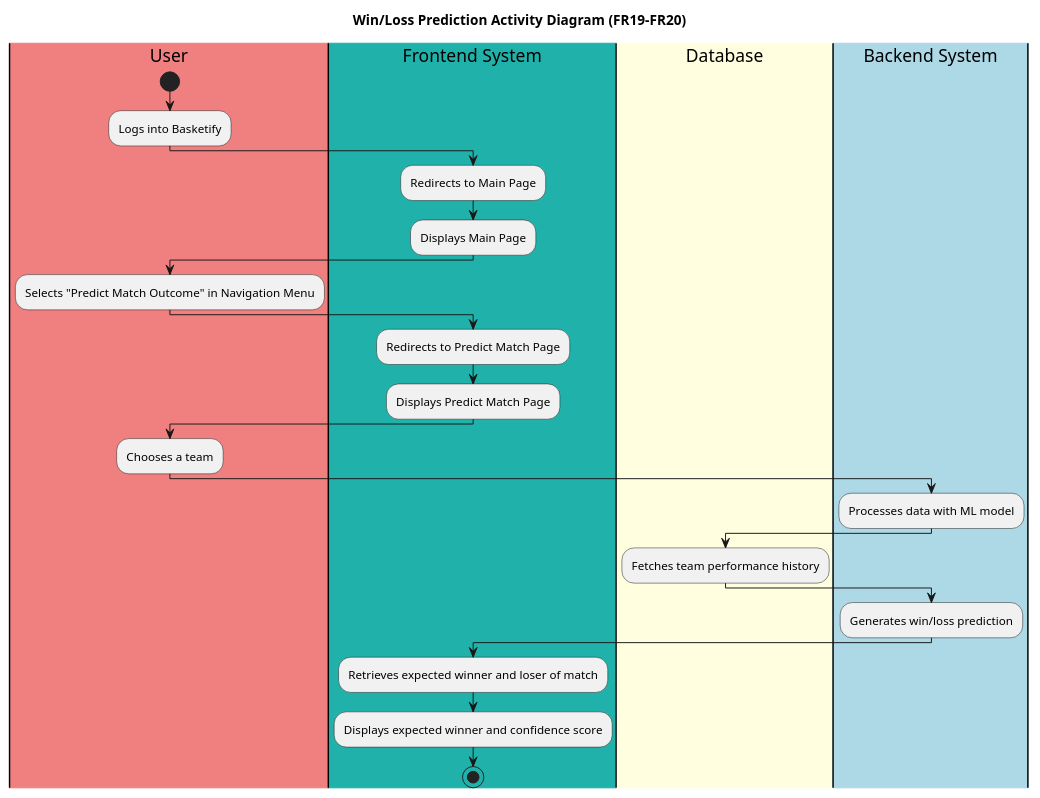
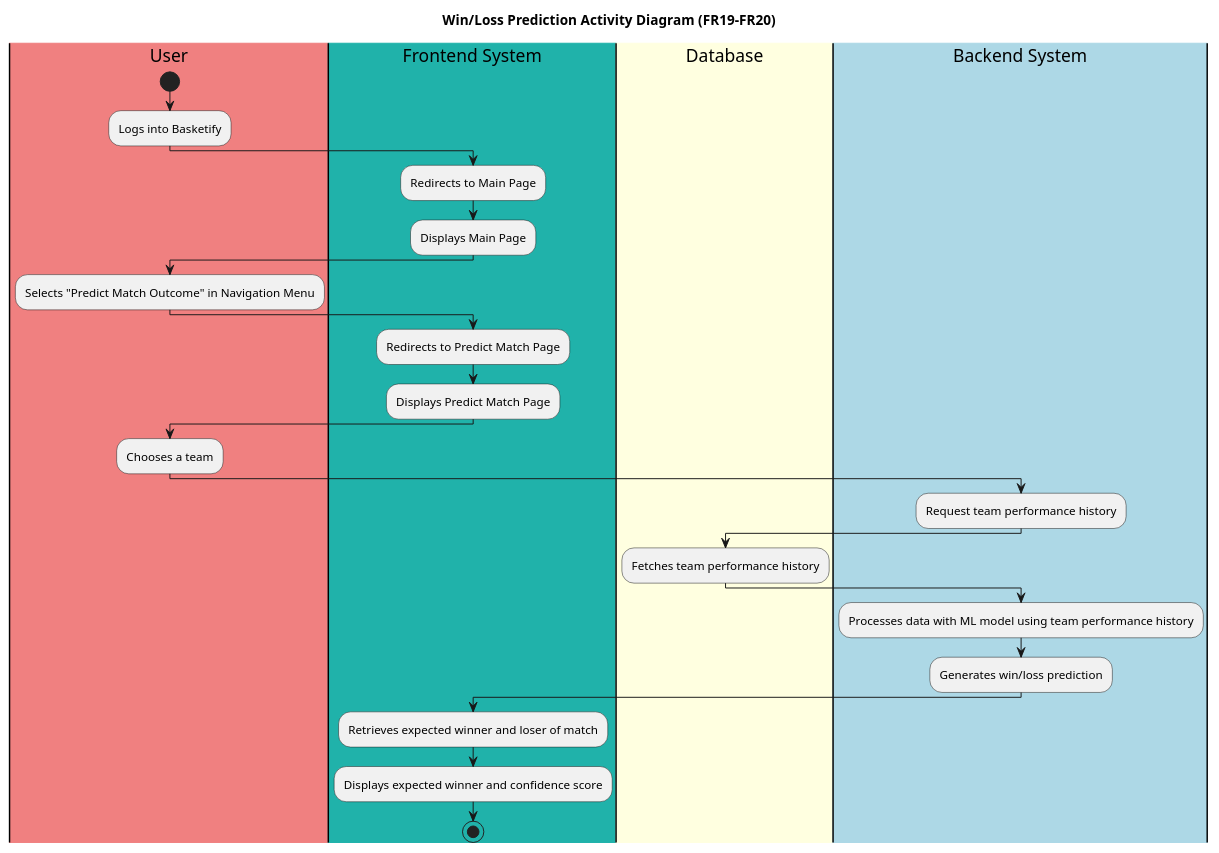
One commit to arongu321/Basketify_SBX changed the diagram in diagrams/Activity/winlossprediction.puml. Above: the diagram before and after it, drawn with PlantUML. The commit also changed 15 other files, not shown here.

Commit message:
Exported prelim design diagrams

```diff
--- a/diagrams/Activity/winlossprediction.puml
+++ b/diagrams/Activity/winlossprediction.puml
@@ -1,33 +1,34 @@
 @startuml WinLossPrediction
 title Win/Loss Prediction Activity Diagram (FR19-FR20)
 |#LightCoral|User|
 |#LightSeaGreen|Frontend System|
 |#LightYellow|Database|
 |#LightBlue|Backend System|
 
 |User|
 start
 :Logs into Basketify;
 |Frontend System|
 :Redirects to Main Page;
 :Displays Main Page;
 |User|
 :Selects "Predict Match Outcome" in Navigation Menu;
 |Frontend System|
 :Redirects to Predict Match Page;
 :Displays Predict Match Page;
 |User|
 :Chooses a team;
-
 |Backend System|
-:Processes data with ML model;
+:Request team performance history;
 |Database|
 :Fetches team performance history;
+|Backend System|
+:Processes data with ML model using team performance history;
 
 |Backend System|
 :Generates win/loss prediction;
 |Frontend System|
 :Retrieves expected winner and loser of match;
 :Displays expected winner and confidence score;
 stop
 @enduml
```
